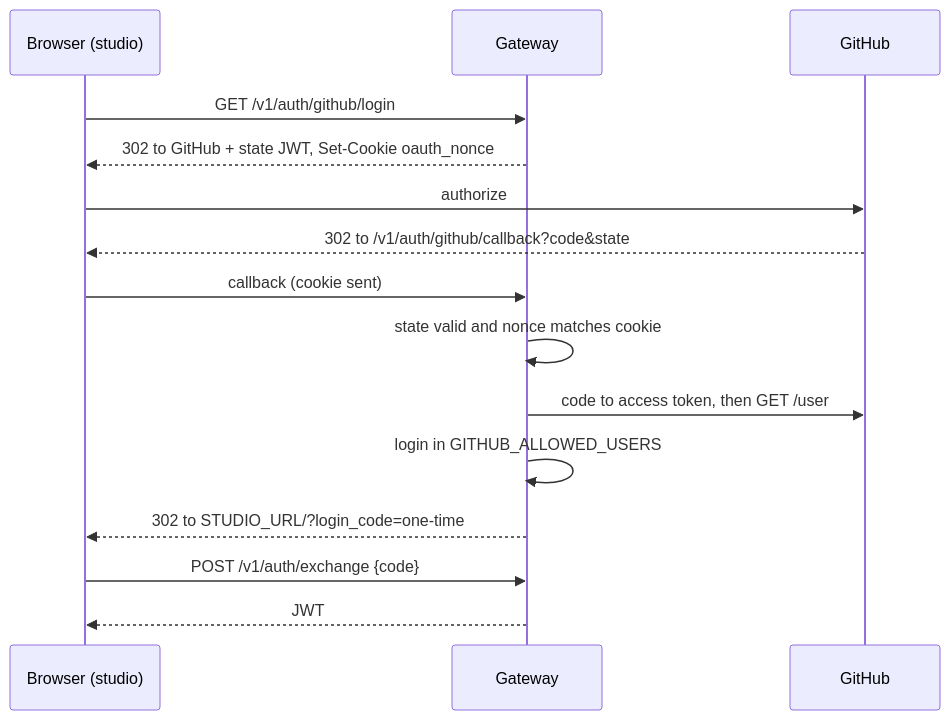
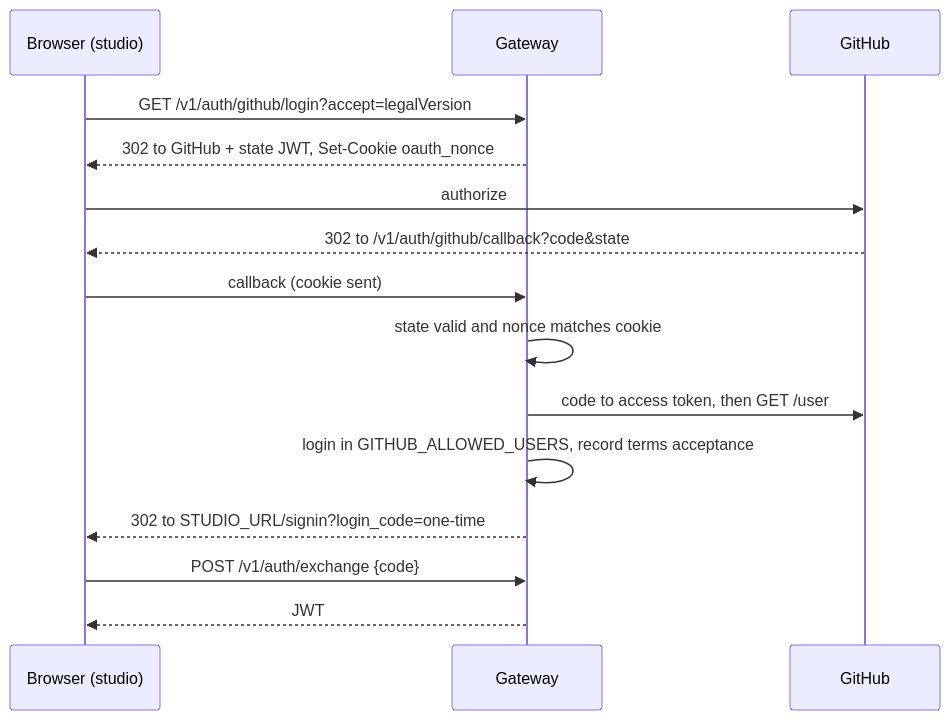
The diagram in docs/gateway.md (JayNightmare/Multi-Model-Thing), drawn with Mermaid before and after one commit. The commit also changed other lines of this file and 37 other files, not shown here.

````diff
--- a/docs/gateway.md
+++ b/docs/gateway.md
@@ -118,17 +118,17 @@
 ```mermaid
 sequenceDiagram
     participant B as Browser (studio)
     participant GW as Gateway
     participant GH as GitHub
-    B->>GW: GET /v1/auth/github/login
+    B->>GW: GET /v1/auth/github/login?accept=legalVersion
     GW-->>B: 302 to GitHub + state JWT, Set-Cookie oauth_nonce
     B->>GH: authorize
     GH-->>B: 302 to /v1/auth/github/callback?code&state
     B->>GW: callback (cookie sent)
     GW->>GW: state valid and nonce matches cookie
     GW->>GH: code to access token, then GET /user
-    GW->>GW: login in GITHUB_ALLOWED_USERS
-    GW-->>B: 302 to STUDIO_URL/?login_code=one-time
+    GW->>GW: login in GITHUB_ALLOWED_USERS, record terms acceptance
+    GW-->>B: 302 to STUDIO_URL/signin?login_code=one-time
     B->>GW: POST /v1/auth/exchange {code}
     GW-->>B: JWT
 ```
````
